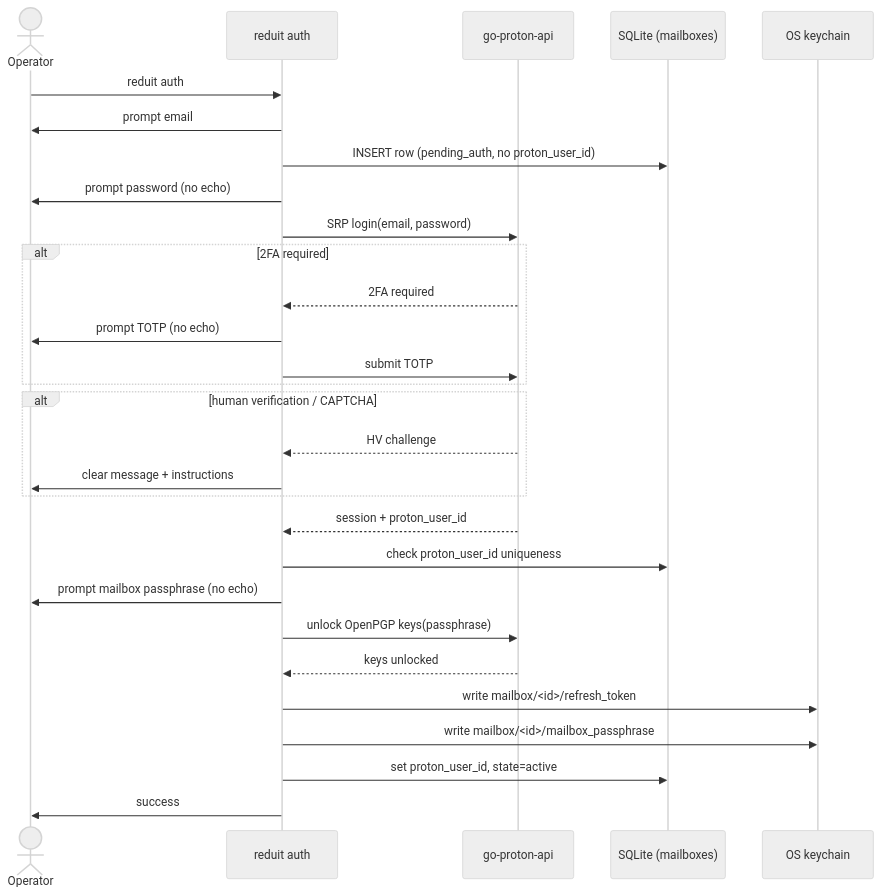
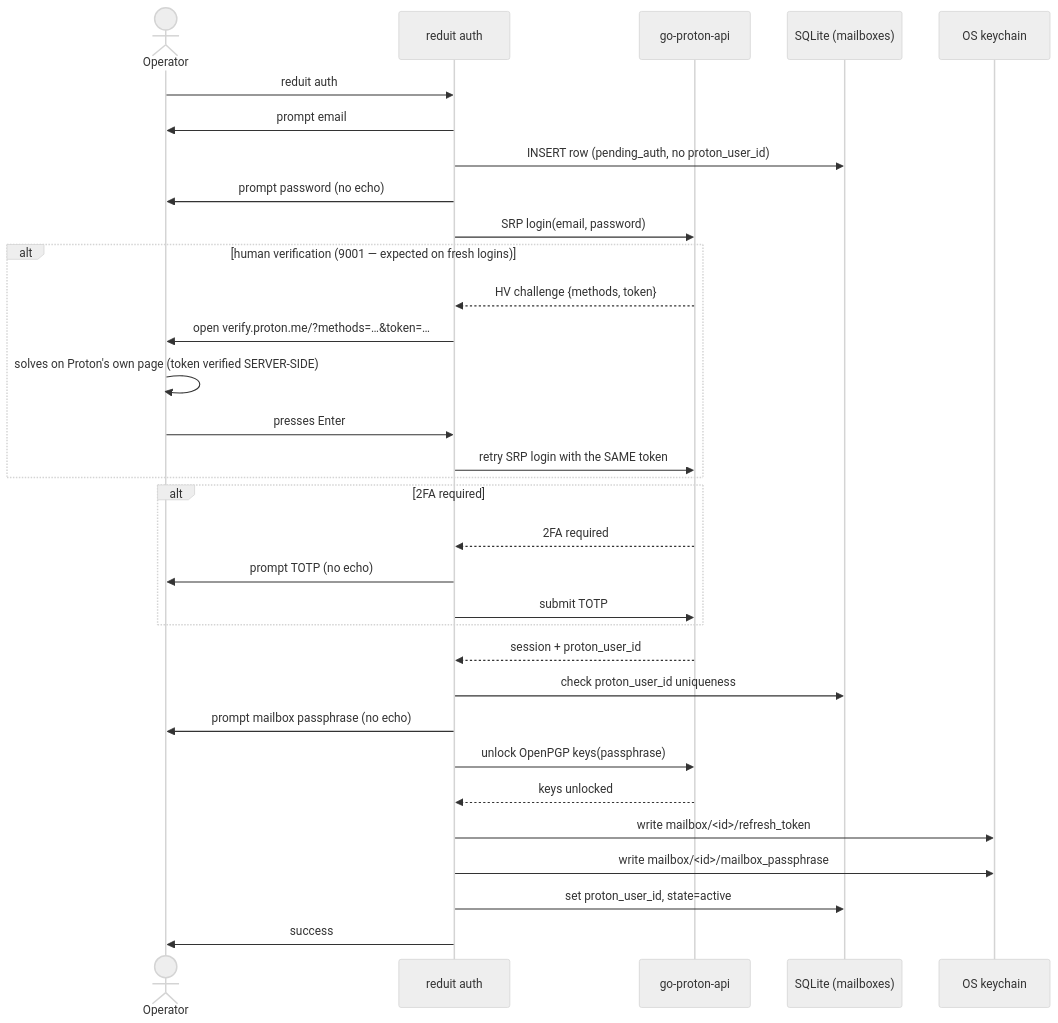
Before and after one commit to joestump/reduit: the diagram in docs/openspec/specs/onboarding-and-auth/design.md, drawn with Mermaid (neutral theme). The commit also changed other lines of this file and 3 other files, not shown here.

Commit message:
docs(ADR-0021 rev 2 + SPEC-0007): HV via verify.proton.me — CGO amendment withdrawn (#132)

````diff
--- a/docs/openspec/specs/onboarding-and-auth/design.md
+++ b/docs/openspec/specs/onboarding-and-auth/design.md
@@ -21,32 +21,35 @@
 ```mermaid
 sequenceDiagram
     actor Op as Operator
     participant CLI as reduit auth
     participant GP as go-proton-api
     participant DB as SQLite (mailboxes)
     participant KC as OS keychain
 
     Op->>CLI: reduit auth
     CLI->>Op: prompt email
     CLI->>DB: INSERT row (pending_auth, no proton_user_id)
     CLI->>Op: prompt password (no echo)
     CLI->>GP: SRP login(email, password)
+    alt human verification (9001 — expected on fresh logins)
+        GP-->>CLI: HV challenge {methods, token}
+        CLI->>Op: open verify.proton.me/?methods=…&token=…
+        Op->>Op: solves on Proton's own page (token verified SERVER-SIDE)
+        Op->>CLI: presses Enter
+        CLI->>GP: retry SRP login with the SAME token
+    end
     alt 2FA required
         GP-->>CLI: 2FA required
         CLI->>Op: prompt TOTP (no echo)
         CLI->>GP: submit TOTP
-    end
-    alt human verification / CAPTCHA
-        GP-->>CLI: HV challenge
-        CLI->>Op: clear message + instructions
     end
     GP-->>CLI: session + proton_user_id
     CLI->>DB: check proton_user_id uniqueness
     CLI->>Op: prompt mailbox passphrase (no echo)
     CLI->>GP: unlock OpenPGP keys(passphrase)
     GP-->>CLI: keys unlocked
     CLI->>KC: write mailbox/<id>/refresh_token
     CLI->>KC: write mailbox/<id>/mailbox_passphrase
     CLI->>DB: set proton_user_id, state=active
     CLI->>Op: success
 ```
````
